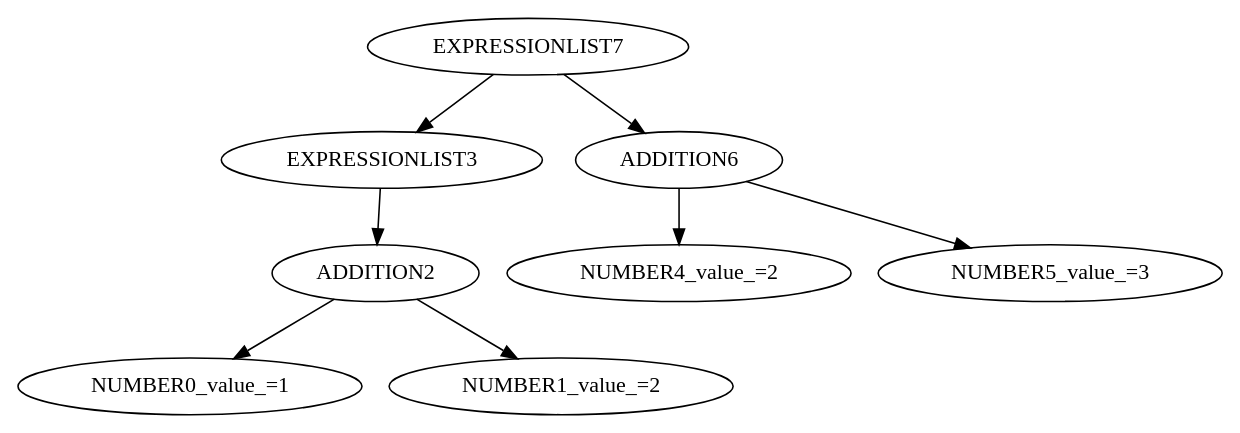
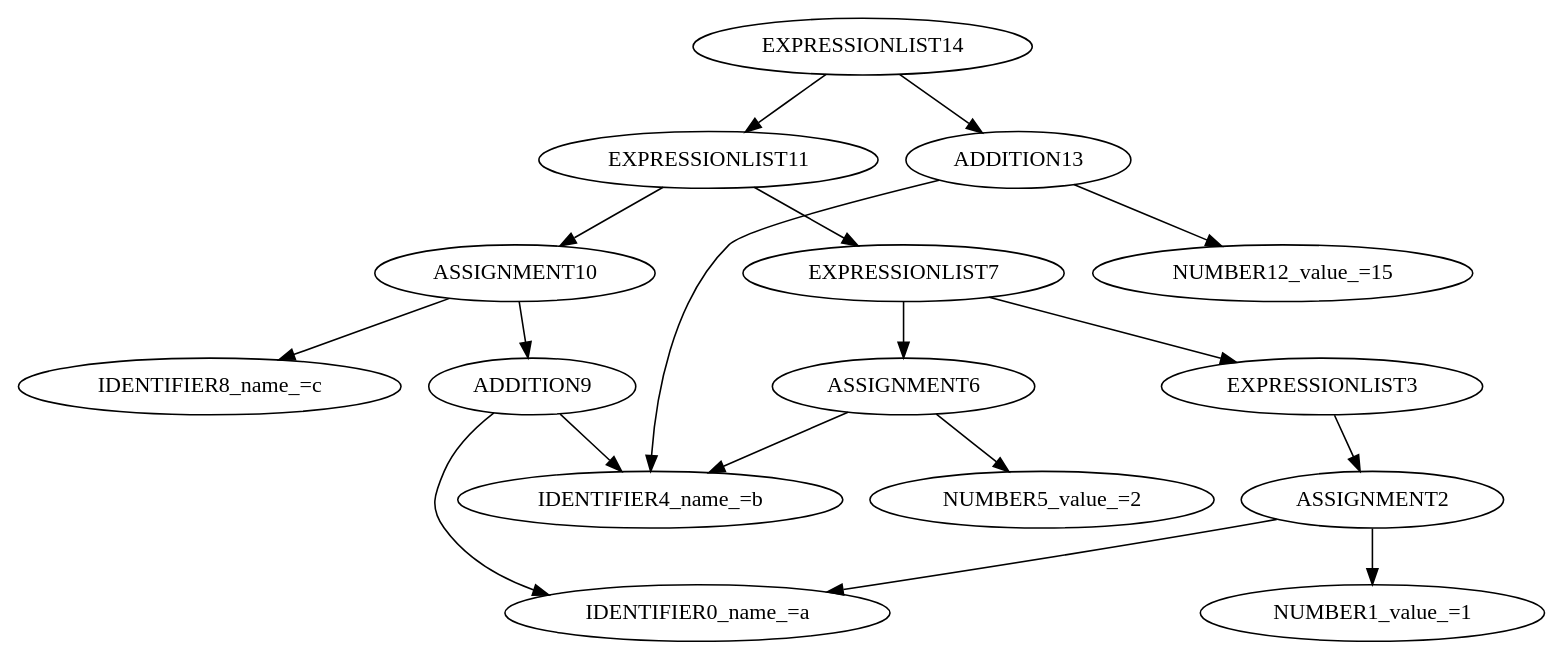
Before and after one commit to dhmhgreCompilers1/BisonProjectTemplate: the diagram in BisonSymbolTableIntro/output.dot, drawn with Graphviz. The commit also changed 9 other files, not shown here.

```diff
--- a/BisonSymbolTableIntro/output.dot
+++ b/BisonSymbolTableIntro/output.dot
@@ -1,9 +1,19 @@
 digraph G {
+"EXPRESSIONLIST14" -> "EXPRESSIONLIST11";
+"EXPRESSIONLIST11" -> "EXPRESSIONLIST7";
 "EXPRESSIONLIST7" -> "EXPRESSIONLIST3";
-"EXPRESSIONLIST3" -> "ADDITION2";
-"ADDITION2" -> "NUMBER0_value_=1";
-"ADDITION2" -> "NUMBER1_value_=2";
-"EXPRESSIONLIST7" -> "ADDITION6";
-"ADDITION6" -> "NUMBER4_value_=2";
-"ADDITION6" -> "NUMBER5_value_=3";
+"EXPRESSIONLIST3" -> "ASSIGNMENT2";
+"ASSIGNMENT2" -> "IDENTIFIER0_name_=a";
+"ASSIGNMENT2" -> "NUMBER1_value_=1";
+"EXPRESSIONLIST7" -> "ASSIGNMENT6";
+"ASSIGNMENT6" -> "IDENTIFIER4_name_=b";
+"ASSIGNMENT6" -> "NUMBER5_value_=2";
+"EXPRESSIONLIST11" -> "ASSIGNMENT10";
+"ASSIGNMENT10" -> "IDENTIFIER8_name_=c";
+"ASSIGNMENT10" -> "ADDITION9";
+"ADDITION9" -> "IDENTIFIER0_name_=a";
+"ADDITION9" -> "IDENTIFIER4_name_=b";
+"EXPRESSIONLIST14" -> "ADDITION13";
+"ADDITION13" -> "IDENTIFIER4_name_=b";
+"ADDITION13" -> "NUMBER12_value_=15";
 }
```
